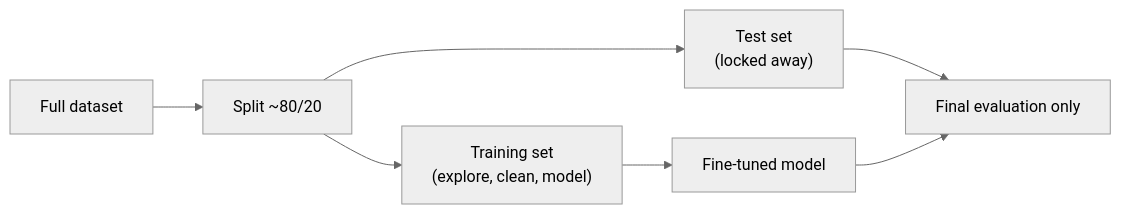
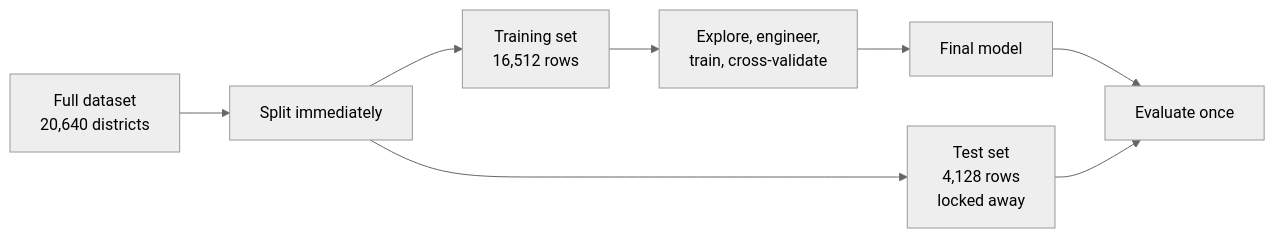
Before and after one commit to Ravikisha/PythonCentralHub: the diagram in src/content/docs/Machine Learning/Phase 02 - Data Preprocessing & Feature Engineering/Creating a Test Set (Avoiding Data Snooping).mdx, drawn with Mermaid (neutral theme). The commit also changed other lines of this file and 1327 other files, not shown here.

````diff
--- a/src/content/docs/Machine Learning/Phase 02 - Data Preprocessing & Feature Engineering/Creating a Test Set (Avoiding Data Snooping).mdx
+++ b/src/content/docs/Machine Learning/Phase 02 - Data Preprocessing & Feature Engineering/Creating a Test Set (Avoiding Data Snooping).mdx
@@ -30,9 +35,10 @@
-```mermaid title="Train/test split, once and for all" desc="Split before exploring, and never touch the test set again until the final evaluation."
+```mermaid
 flowchart LR
-  A["Full dataset"] --> B["Split ~80/20"]
-  B --> C["Training set<br/>(explore, clean, model)"]
-  B --> D["Test set<br/>(locked away)"]
-  C --> E["Fine-tuned model"]
-  D --> F["Final evaluation only"]
-  E --> F
+  A["Full dataset<br/>20,640 districts"] --> B["Split immediately"]
+  B --> C["Training set<br/>16,512 rows"]
+  B --> D["Test set<br/>4,128 rows<br/>locked away"]
+  C --> E["Explore, engineer,<br/>train, cross-validate"]
+  E --> F["Final model"]
+  F --> G["Evaluate once"]
+  D --> G
 ```
````
